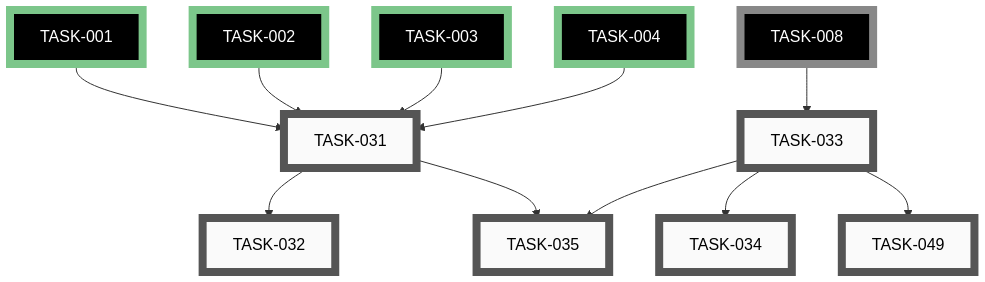
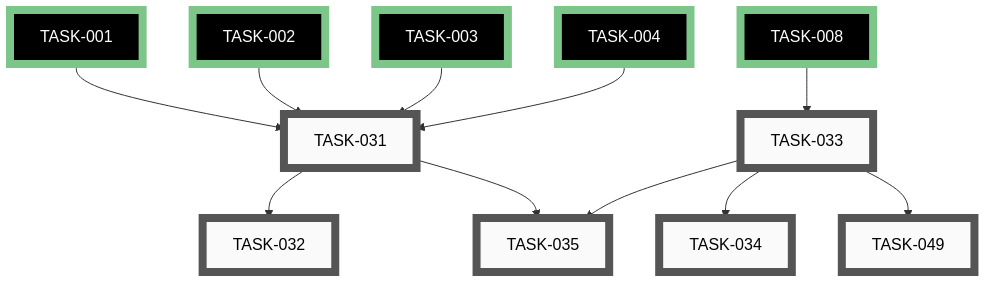
One commit to tgd1975/CircuitSmith changed the fourth of 11 diagrams in docs/developers/tasks/EPICS.md. Above: the diagram before and after it, drawn with Mermaid. The commit also changed other lines of this file and 100 other files, not shown here.

````diff
--- a/docs/developers/tasks/EPICS.md
+++ b/docs/developers/tasks/EPICS.md
@@ -256,43 +257,43 @@
 ```mermaid
 graph TD
     TASK_031["TASK-031"]:::open
     TASK_032["TASK-032"]:::open
     TASK_033["TASK-033"]:::open
     TASK_034["TASK-034"]:::open
     TASK_035["TASK-035"]:::open
     TASK_049["TASK-049"]:::open
     TASK_001["TASK-001"]:::closedExt
     TASK_002["TASK-002"]:::closedExt
     TASK_003["TASK-003"]:::closedExt
     TASK_004["TASK-004"]:::closedExt
-    TASK_008["TASK-008"]:::openExt
+    TASK_008["TASK-008"]:::closedExt
     TASK_001 --> TASK_031
     TASK_002 --> TASK_031
     TASK_003 --> TASK_031
     TASK_004 --> TASK_031
     TASK_031 --> TASK_032
     TASK_008 --> TASK_033
     TASK_033 --> TASK_034
     TASK_031 --> TASK_035
     TASK_033 --> TASK_035
     TASK_033 --> TASK_049
     click TASK_031 "open/task-031-implement-bom-exporter.md"
     click TASK_032 "open/task-032-embed-bom-table-in-build-guide.md"
     click TASK_033 "open/task-033-implement-netlist-exporter.md"
     click TASK_034 "open/task-034-kicad-netlist-import-spot-check.md"
     click TASK_035 "open/task-035-extend-ci-and-docs-for-exporters.md"
     click TASK_049 "open/task-049-kicad-netlist-structural-test.md"
     click TASK_001 "closed/task-001-extract-mcu-board-profiles.md"
     click TASK_002 "closed/task-002-write-passives-component-library.md"
     click TASK_003 "closed/task-003-write-connectors-component-library.md"
     click TASK_004 "closed/task-004-write-sensors-component-library.md"
-    click TASK_008 "open/task-008-implement-netgraph-data-model.md"
+    click TASK_008 "closed/task-008-implement-netgraph-data-model.md"
     classDef open    fill:#FAFAFA,stroke:#555,stroke-width:8px,color:#000
     classDef active  fill:#FAFAFA,stroke:#1A6FA8,stroke-width:8px,color:#000
     classDef closed  fill:#FAFAFA,stroke:#3F8B53,stroke-width:8px,color:#000
     classDef paused  fill:#FAFAFA,stroke:#B07810,stroke-width:8px,color:#000
     classDef openExt    fill:#000,stroke:#888,stroke-width:8px,color:#FFF
     classDef activeExt  fill:#000,stroke:#3FA9F5,stroke-width:8px,color:#FFF
     classDef closedExt  fill:#000,stroke:#7CC68A,stroke-width:8px,color:#FFF
     classDef pausedExt  fill:#000,stroke:#F0B030,stroke-width:8px,color:#FFF
 ```
````
